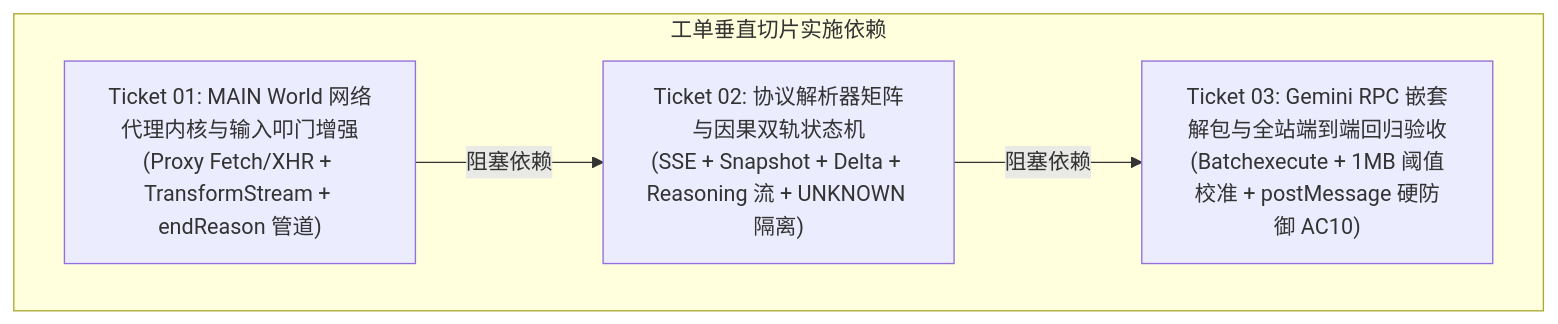
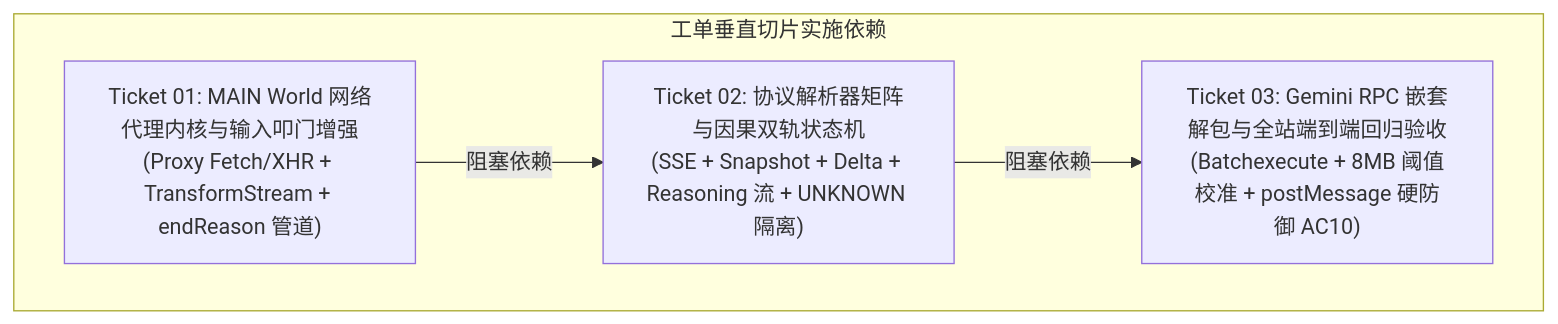
The diagram in docs/issues/api-interception/00-overview.md (Leonard-Li777/multi-ai-council), drawn with Mermaid before and after one commit. The commit also changed other lines of this file and 7 other files, not shown here.

````diff
--- a/docs/issues/api-interception/00-overview.md
+++ b/docs/issues/api-interception/00-overview.md
@@ -11,11 +11,11 @@
 ```mermaid
 flowchart TD
     subgraph Slices ["工单垂直切片实施依赖"]
         I1["Ticket 01: MAIN World 网络代理内核与输入叩门增强<br>(Proxy Fetch/XHR + TransformStream + endReason 管道)"]
         I2["Ticket 02: 协议解析器矩阵与因果双轨状态机<br>(SSE + Snapshot + Delta + Reasoning 流 + UNKNOWN 隔离)"]
-        I3["Ticket 03: Gemini RPC 嵌套解包与全站端到端回归验收<br>(Batchexecute + 1MB 阈值校准 + postMessage 硬防御 AC10)"]
+        I3["Ticket 03: Gemini RPC 嵌套解包与全站端到端回归验收<br>(Batchexecute + 8MB 阈值校准 + postMessage 硬防御 AC10)"]
     end
 
     I1 -->|阻塞依赖| I2
     I2 -->|阻塞依赖| I3
 ```
````
